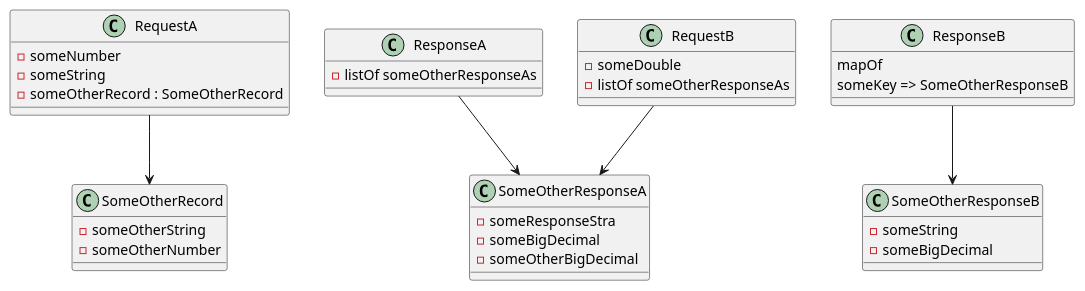
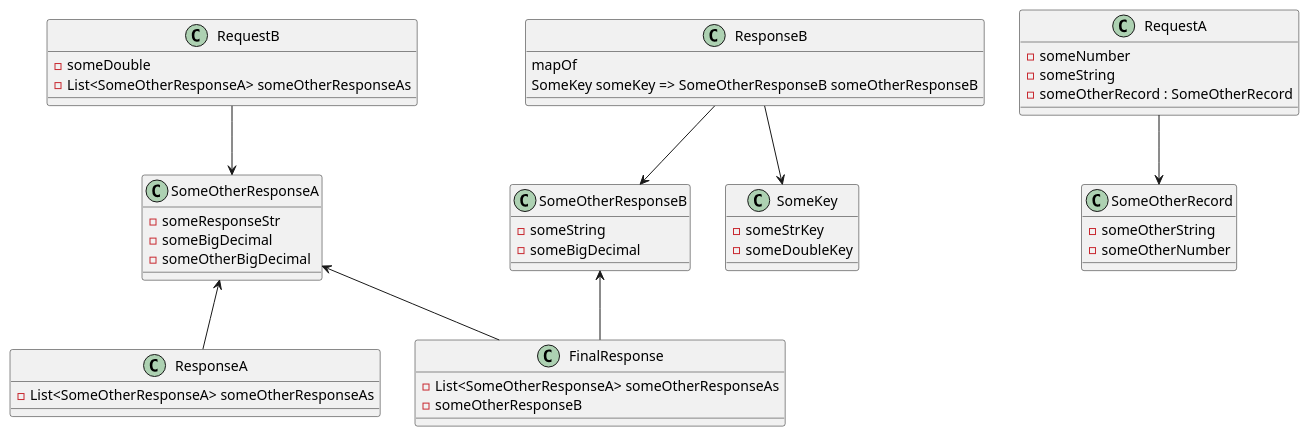
The diagram in ClassDiagram.puml (shantonav/pipelinecode), drawn with PlantUML before and after one commit. The commit also changed 2 other files, not shown here.

```diff
--- a/ClassDiagram.puml
+++ b/ClassDiagram.puml
@@ -1,49 +1,62 @@
 @startuml
 
 class RequestA {
     -someNumber
     -someString
     -someOtherRecord : SomeOtherRecord
 }
 
 
 class SomeOtherRecord {
     -someOtherString
     -someOtherNumber
 }
 
 RequestA --> SomeOtherRecord
 
 class ResponseA {
-    -listOf someOtherResponseAs
+    -List<SomeOtherResponseA> someOtherResponseAs
 }
 
 class SomeOtherResponseA{
-    -someResponseStra
+    -someResponseStr
     -someBigDecimal
     -someOtherBigDecimal
 }
 
-ResponseA --> SomeOtherResponseA
+ResponseA -up-> SomeOtherResponseA
 
 
 class RequestB{
     -someDouble
-    -listOf someOtherResponseAs
+    -List<SomeOtherResponseA> someOtherResponseAs
 }
 
 RequestB --> SomeOtherResponseA
 
 class ResponseB{
     mapOf
-     someKey => SomeOtherResponseB
+     SomeKey someKey => SomeOtherResponseB someOtherResponseB
+}
+class SomeKey{
+    -someStrKey
+    -someDoubleKey
 }
 
 class SomeOtherResponseB{
     -someString
     -someBigDecimal
 }
 
 ResponseB --> SomeOtherResponseB
+ResponseB --> SomeKey
+
+class FinalResponse{
+    -List<SomeOtherResponseA> someOtherResponseAs
+    -someOtherResponseB
+}
+
+FinalResponse -up-> SomeOtherResponseA
+FinalResponse -up-> SomeOtherResponseB
 
 @enduml
```
